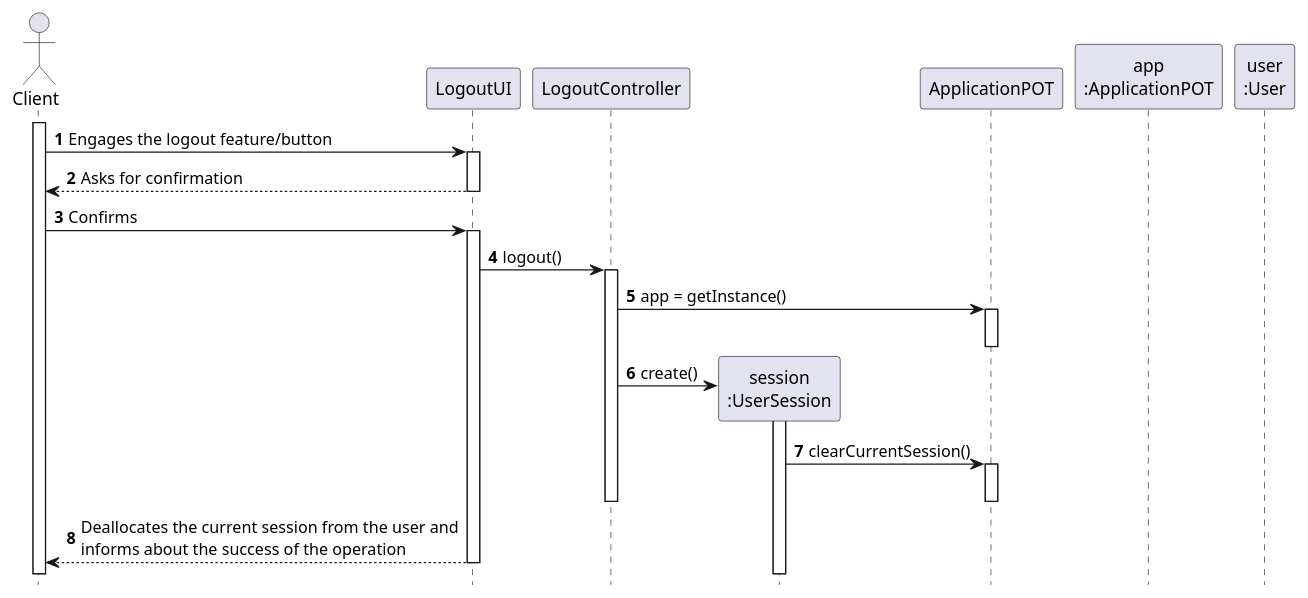
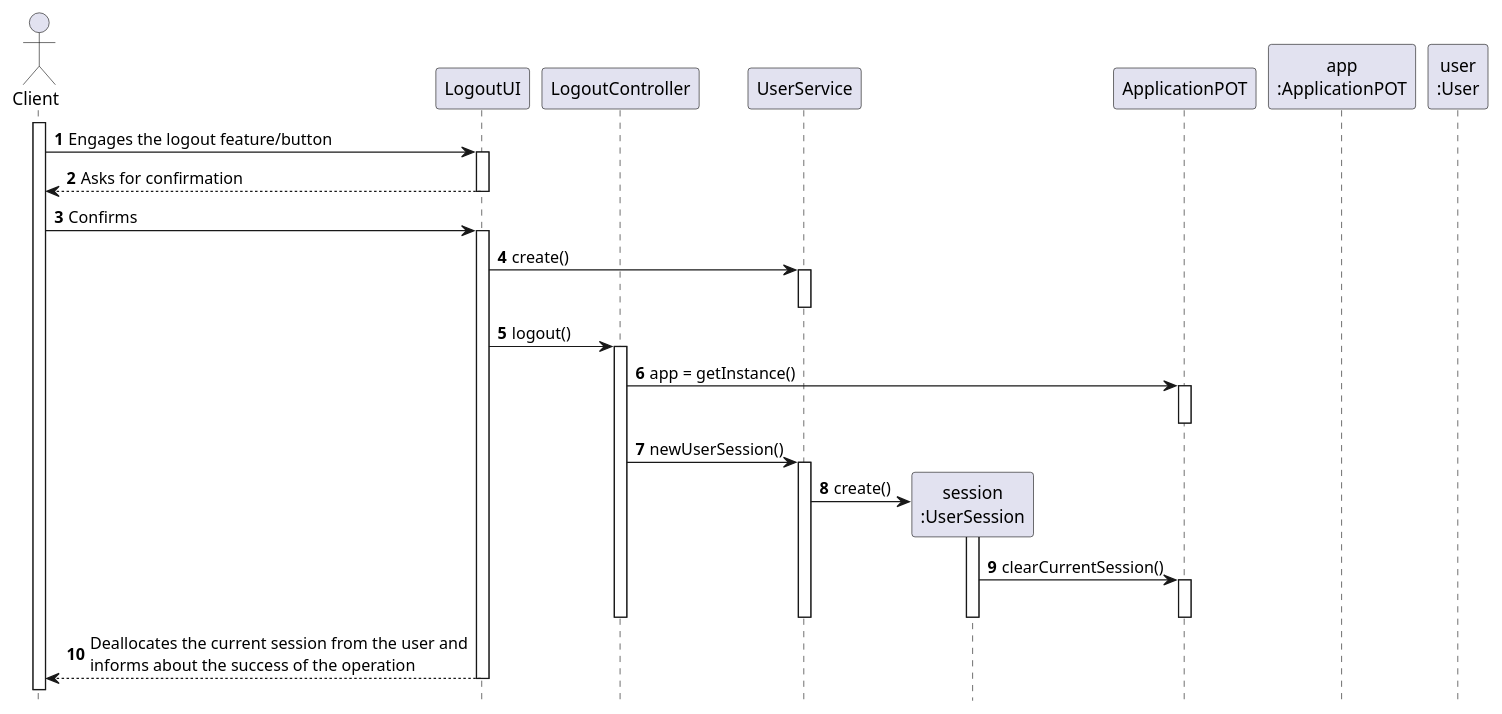
One commit to tiagoavcosta25/LAPR3 changed the diagram in docs/Iteration 2/User Management/Refinement/US68_Logout/US68_SD.puml. Above: the diagram before and after it, drawn with PlantUML. The commit also changed 10 other files, not shown here.

```diff
--- a/docs/Iteration 2/User Management/Refinement/US68_Logout/US68_SD.puml
+++ b/docs/Iteration 2/User Management/Refinement/US68_Logout/US68_SD.puml
@@ -1,48 +1,56 @@
 @startuml
 autonumber
 hide footbox
 
 actor "Client" as U
 
 participant "LogoutUI" as UI
 participant "LogoutController" as CTRL
 
-
+participant "UserService" as US
 participant "session\n:UserSession" as SES
 participant "ApplicationPOT" as _APP
+
 participant "app\n:ApplicationPOT" as APP
 participant "user\n:User" as USER
 
 
 activate U
 
 U -> UI : Engages the logout feature/button
 activate UI
 UI --> U : Asks for confirmation
 deactivate UI
 
 U -> UI : Confirms
 activate UI
 
+UI -> US : create()
+activate US
+deactivate US
 UI -> CTRL : logout()
 activate CTRL
 CTRL -> _APP: app = getInstance()
 activate _APP
 deactivate _APP
 
 
-CTRL -> SES** : create()
+CTRL -> US : newUserSession()
+activate US
+
+US -> SES** : create()
 activate SES
+
+SES -> _APP : clearCurrentSession()
+activate _APP
 deactivate SES
-SES -> _APP : clearCurrentSession()
 
 
-activate _APP
 deactivate _APP
-
+deactivate US
 deactivate CTRL
 
 UI --> U : Deallocates the current session from the user and\ninforms about the success of the operation
 deactivate UI
 
 @enduml
```
